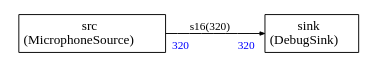
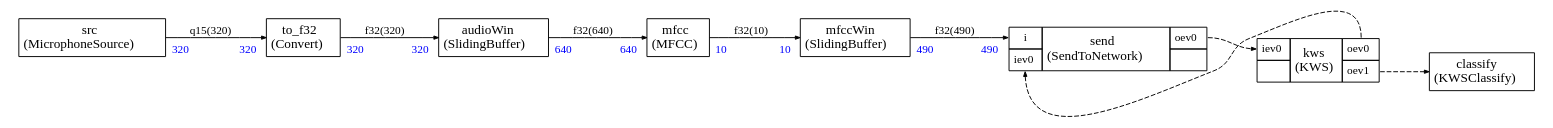
Before and after one commit to christophe0606/CMSIS-Stream-Nodes: the diagram in runner_common/app_graph/app.dot, drawn with Graphviz. The commit also changed 60 other files, not shown here.

```diff
--- a/runner_common/app_graph/app.dot
+++ b/runner_common/app_graph/app.dot
@@ -1,39 +1,132 @@
 
 
 
 
 
 
 digraph structs {
     bgcolor = "white"
     node [shape=plaintext,color="black",fontcolor="black",fontname="Times-Roman"]
     rankdir=LR
     edge [arrowsize="0.5",color="black",fontcolor="black",fontname="Times-Roman"]
 
 
-sink [label=<
+audioWin [label=<
 <TABLE color="black" bgcolor="none" BORDER="0" CELLBORDER="1" CELLSPACING="0" CELLPADDING="4">
   <TR>
-    <TD ALIGN="CENTER" PORT="i"><FONT COLOR="black" POINT-SIZE="14.0">sink<BR/>(DebugSink)</FONT></TD>
+    <TD ALIGN="CENTER" PORT="i"><FONT COLOR="black" POINT-SIZE="14.0">audioWin<BR/>(SlidingBuffer)</FONT></TD>
   </TR>
+</TABLE>>];
+
+mfcc [label=<
+<TABLE color="black" bgcolor="none" BORDER="0" CELLBORDER="1" CELLSPACING="0" CELLPADDING="4">
+  <TR>
+    <TD ALIGN="CENTER" PORT="i"><FONT COLOR="black" POINT-SIZE="14.0">mfcc<BR/>(MFCC)</FONT></TD>
+  </TR>
+</TABLE>>];
+
+mfccWin [label=<
+<TABLE color="black" bgcolor="none" BORDER="0" CELLBORDER="1" CELLSPACING="0" CELLPADDING="4">
+  <TR>
+    <TD ALIGN="CENTER" PORT="i"><FONT COLOR="black" POINT-SIZE="14.0">mfccWin<BR/>(SlidingBuffer)</FONT></TD>
+  </TR>
+</TABLE>>];
+
+
+send [label=<
+<TABLE color="black" bgcolor="none" BORDER="0" CELLBORDER="1" CELLSPACING="0" CELLPADDING="4">
+  <TR>
+    <TD PORT="i"><FONT POINT-SIZE="12.0" COLOR="black">i</FONT></TD>
+    <TD ALIGN="CENTER" ROWSPAN="2"><FONT COLOR="black" POINT-SIZE="14.0">send<BR/>(SendToNetwork)</FONT></TD>
+    <TD PORT="oev0"><FONT POINT-SIZE="12.0" COLOR="black">oev0</FONT></TD>
+  </TR>
+<TR>
+<TD PORT="iev0"><FONT POINT-SIZE="12.0" COLOR="black">iev0</FONT></TD>
+
+ 
+<TD></TD></TR>
+
 </TABLE>>];
 
 src [label=<
 <TABLE color="black" bgcolor="none" BORDER="0" CELLBORDER="1" CELLSPACING="0" CELLPADDING="4">
   <TR>
     <TD ALIGN="CENTER" PORT="i"><FONT COLOR="black" POINT-SIZE="14.0">src<BR/>(MicrophoneSource)</FONT></TD>
   </TR>
 </TABLE>>];
 
+to_f32 [label=<
+<TABLE color="black" bgcolor="none" BORDER="0" CELLBORDER="1" CELLSPACING="0" CELLPADDING="4">
+  <TR>
+    <TD ALIGN="CENTER" PORT="i"><FONT COLOR="black" POINT-SIZE="14.0">to_f32<BR/>(Convert)</FONT></TD>
+  </TR>
+</TABLE>>];
+
+classify [label=<
+<TABLE color="black" bgcolor="none" BORDER="0" CELLBORDER="1" CELLSPACING="0" CELLPADDING="4">
+  <TR>
+    <TD ALIGN="CENTER" PORT="i"><FONT COLOR="black" POINT-SIZE="14.0">classify<BR/>(KWSClassify)</FONT></TD>
+  </TR>
+</TABLE>>];
 
 
-src:i -> sink:i [style="solid",color="black",fontsize="12.0",fontcolor="black",label=<s16(320)>
+kws [label=<
+<TABLE color="black" bgcolor="none" BORDER="0" CELLBORDER="1" CELLSPACING="0" CELLPADDING="4">
+  <TR>
+    <TD PORT="iev0"><FONT POINT-SIZE="12.0" COLOR="black">iev0</FONT></TD>
+    <TD ALIGN="CENTER" ROWSPAN="2"><FONT COLOR="black" POINT-SIZE="14.0">kws<BR/>(KWS)</FONT></TD>
+    <TD PORT="oev0"><FONT POINT-SIZE="12.0" COLOR="black">oev0</FONT></TD>
+  </TR>
+<TR>
+ 
+<TD></TD>
+<TD PORT="oev1"><FONT POINT-SIZE="12.0" COLOR="black">oev1</FONT></TD>
+</TR>
+
+</TABLE>>];
+
+
+
+src:i -> to_f32:i [style="solid",color="black",fontsize="12.0",fontcolor="black",label=<q15(320)>
 ,headlabel=<<TABLE BORDER="0" CELLPADDING="4"><TR><TD><FONT COLOR="blue" POINT-SIZE="12.0" >320</FONT>
 </TD></TR></TABLE>>
 ,taillabel=<<TABLE BORDER="0" CELLPADDING="4"><TR><TD><FONT COLOR="blue" POINT-SIZE="12.0" >320</FONT>
 </TD></TR></TABLE>>]
 
+to_f32:i -> audioWin:i [style="solid",color="black",fontsize="12.0",fontcolor="black",label=<f32(320)>
+,headlabel=<<TABLE BORDER="0" CELLPADDING="4"><TR><TD><FONT COLOR="blue" POINT-SIZE="12.0" >320</FONT>
+</TD></TR></TABLE>>
+,taillabel=<<TABLE BORDER="0" CELLPADDING="4"><TR><TD><FONT COLOR="blue" POINT-SIZE="12.0" >320</FONT>
+</TD></TR></TABLE>>]
+
+audioWin:i -> mfcc:i [style="solid",color="black",fontsize="12.0",fontcolor="black",label=<f32(640)>
+,headlabel=<<TABLE BORDER="0" CELLPADDING="4"><TR><TD><FONT COLOR="blue" POINT-SIZE="12.0" >640</FONT>
+</TD></TR></TABLE>>
+,taillabel=<<TABLE BORDER="0" CELLPADDING="4"><TR><TD><FONT COLOR="blue" POINT-SIZE="12.0" >640</FONT>
+</TD></TR></TABLE>>]
+
+mfcc:i -> mfccWin:i [style="solid",color="black",fontsize="12.0",fontcolor="black",label=<f32(10)>
+,headlabel=<<TABLE BORDER="0" CELLPADDING="4"><TR><TD><FONT COLOR="blue" POINT-SIZE="12.0" >10</FONT>
+</TD></TR></TABLE>>
+,taillabel=<<TABLE BORDER="0" CELLPADDING="4"><TR><TD><FONT COLOR="blue" POINT-SIZE="12.0" >10</FONT>
+</TD></TR></TABLE>>]
+
+mfccWin:i -> send:i [style="solid",color="black",fontsize="12.0",fontcolor="black",label=<f32(490)>
+,headlabel=<<TABLE BORDER="0" CELLPADDING="4"><TR><TD><FONT COLOR="blue" POINT-SIZE="12.0" >490</FONT>
+</TD></TR></TABLE>>
+,taillabel=<<TABLE BORDER="0" CELLPADDING="4"><TR><TD><FONT COLOR="blue" POINT-SIZE="12.0" >490</FONT>
+</TD></TR></TABLE>>]
 
 
 
+send:oev0 -> kws:iev0 [style="dashed",color="black",fontsize="12.0",fontcolor="black",label=<>
+
+]
+kws:oev0 -> send:iev0 [style="dashed",color="black",fontsize="12.0",fontcolor="black",label=<>
+
+]
+kws:oev1 -> classify:i [style="dashed",color="black",fontsize="12.0",fontcolor="black",label=<>
+
+]
+
 }
```
